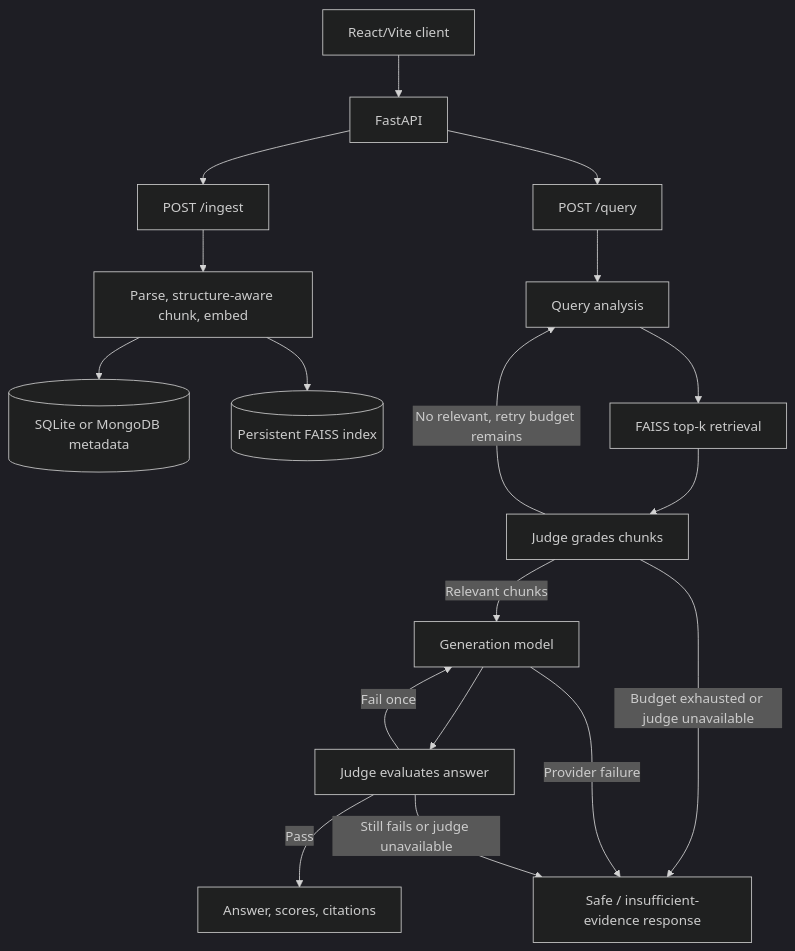
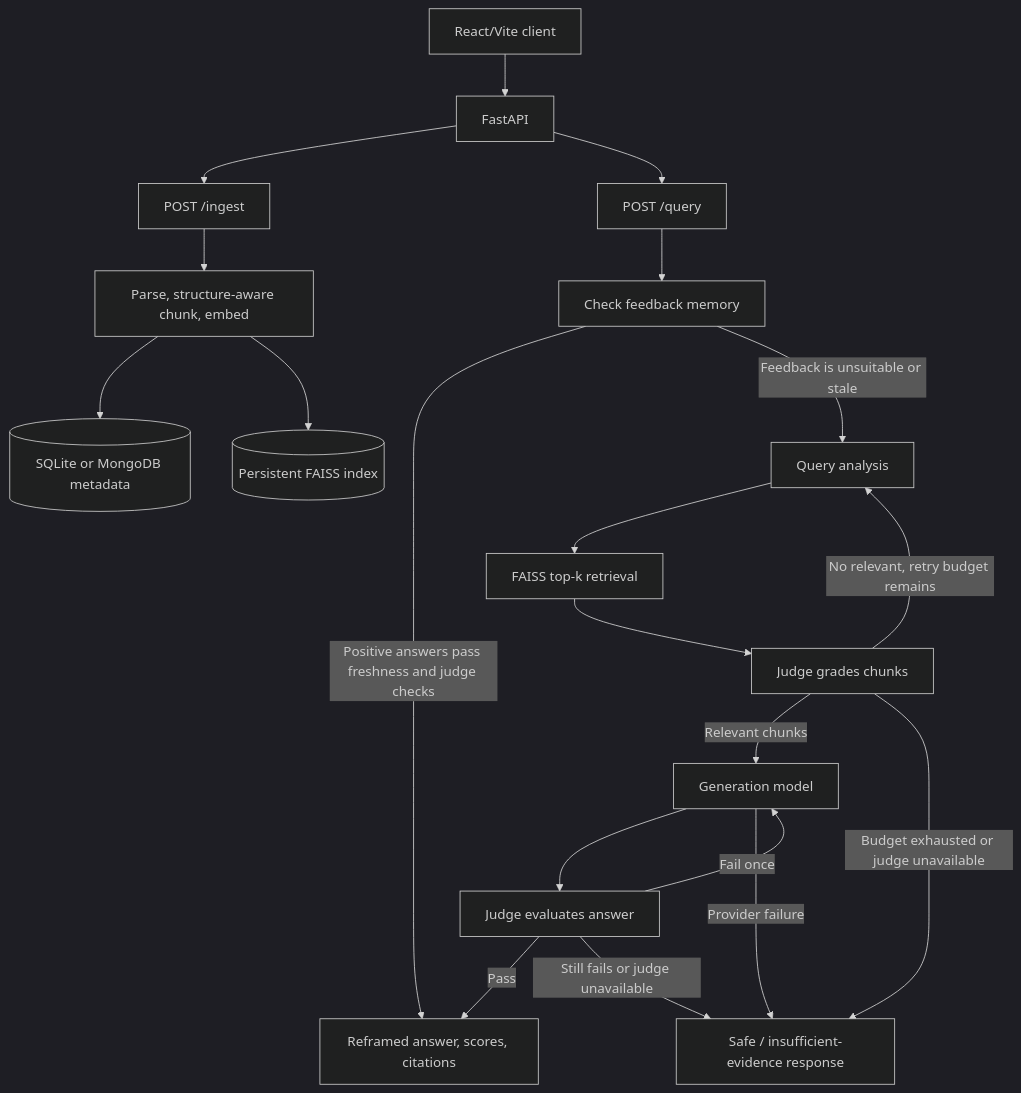
The diagram in README.md (ritvikraj115/DS_Assignment), drawn with Mermaid (dark theme) before and after one commit. The commit also changed other lines of this file and 19 other files, not shown here.

````diff
--- a/README.md
+++ b/README.md
@@ -152,20 +169,22 @@
 ```mermaid
 flowchart TD
     Client[React/Vite client] --> API[FastAPI]
     API --> Ingest[POST /ingest]
     Ingest --> Parse[Parse, structure-aware chunk, embed]
     Parse --> Meta[(SQLite or MongoDB metadata)]
     Parse --> FAISS[(Persistent FAISS index)]
     API --> Query[POST /query]
-    Query --> Analyze[Query analysis]
+    Query --> Memory[Check feedback memory]
+    Memory -->|Positive answers pass freshness and judge checks| Response[Reframed answer, scores, citations]
+    Memory -->|Feedback is unsuitable or stale| Analyze[Query analysis]
     Analyze --> Retrieve[FAISS top-k retrieval]
     Retrieve --> Grade[Judge grades chunks]
     Grade -->|No relevant, retry budget remains| Analyze
     Grade -->|Relevant chunks| Generate[Generation model]
     Grade -->|Budget exhausted or judge unavailable| NoAnswer[Safe / insufficient-evidence response]
     Generate --> Evaluate[Judge evaluates answer]
     Generate -->|Provider failure| NoAnswer
-    Evaluate -->|Pass| Response[Answer, scores, citations]
+    Evaluate -->|Pass| Response
     Evaluate -->|Fail once| Generate
     Evaluate -->|Still fails or judge unavailable| NoAnswer
 ```
````
